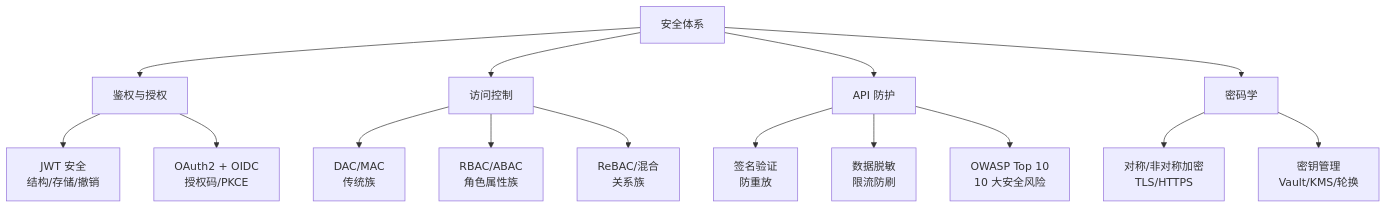
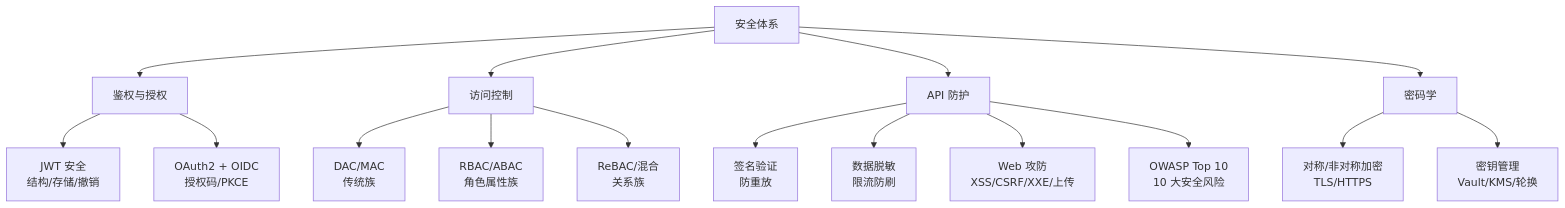
Before and after one commit to wb04307201/wb04307201: the diagram in note/04.system-design/05-security/README.md, drawn with Mermaid. The commit also changed other lines of this file and 1 other file, not shown here.

First line of the commit message:
docs(system-design): 05-security 导航/统计/mermaid 更新

````diff
--- a/note/04.system-design/05-security/README.md
+++ b/note/04.system-design/05-security/README.md
@@ -25,22 +25,23 @@
 ```mermaid
 graph TD
     Sec["安全体系"]
     Sec --> Auth["鉴权与授权"]
     Sec --> Access["访问控制"]
     Sec --> API["API 防护"]
     Sec --> Crypto["密码学"]
 
     Auth --> JWT["JWT 安全<br/>结构/存储/撤销"]
     Auth --> OAuth["OAuth2 + OIDC<br/>授权码/PKCE"]
 
     Access --> DAC["DAC/MAC<br/>传统族"]
     Access --> RBAC["RBAC/ABAC<br/>角色属性族"]
     Access --> ReBAC["ReBAC/混合<br/>关系族"]
 
     API --> Sign["签名验证<br/>防重放"]
     API --> Mask["数据脱敏<br/>限流防刷"]
+    API --> Web["Web 攻防<br/>XSS/CSRF/XXE/上传"]
     API --> OWASP["OWASP Top 10<br/>10 大安全风险"]
 
     Crypto --> ENC["对称/非对称加密<br/>TLS/HTTPS"]
     Crypto --> KMS["密钥管理<br/>Vault/KMS/轮换"]
 ```
````
